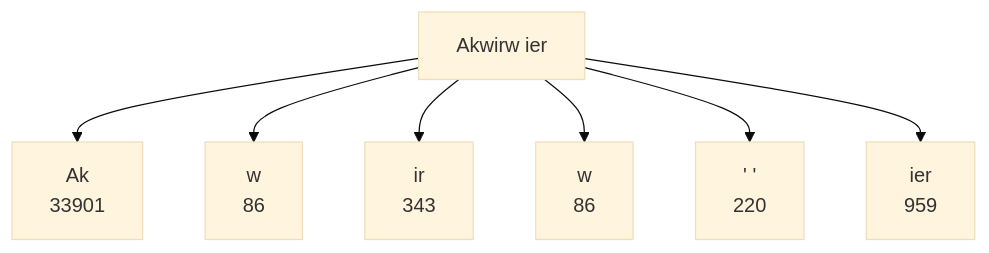
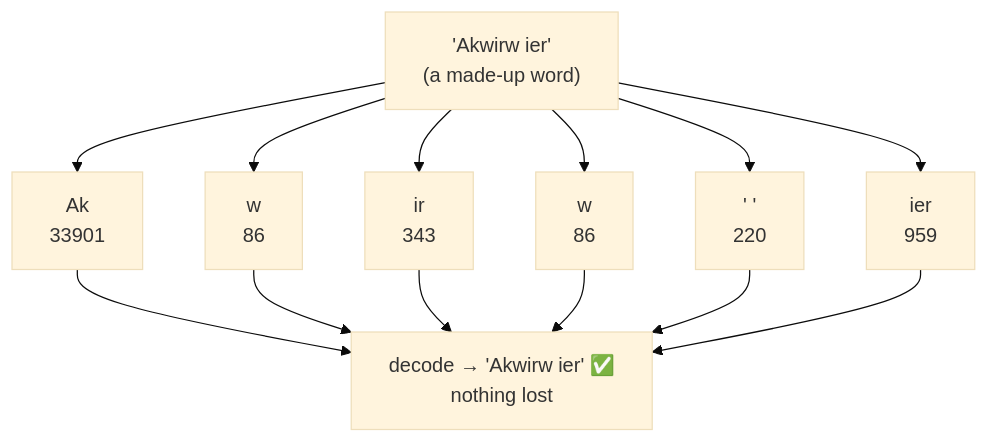
The sixth of 10 diagrams in docs/01-tokenization.md (Ranjeet0611/tinygpt), drawn with Mermaid (base theme) before and after one commit. The commit also changed other lines of this file and 9 other files, not shown here.

````diff
--- a/docs/01-tokenization.md
+++ b/docs/01-tokenization.md
@@ -80,4 +128,10 @@
 ```mermaid
 flowchart TD
-    W["Akwirw ier"] --> A["Ak<br/>33901"] & B["w<br/>86"] & C["ir<br/>343"] & D["w<br/>86"] & E["' '<br/>220"] & F["ier<br/>959"]
+    W["'Akwirw ier'<br/>(a made-up word)"] --> P1["Ak<br/>33901"]
+    W --> P2["w<br/>86"]
+    W --> P3["ir<br/>343"]
+    W --> P4["w<br/>86"]
+    W --> P5["' '<br/>220"]
+    W --> P6["ier<br/>959"]
+    P1 & P2 & P3 & P4 & P5 & P6 --> B["decode → 'Akwirw ier' ✅<br/>nothing lost"]
 ```
````
